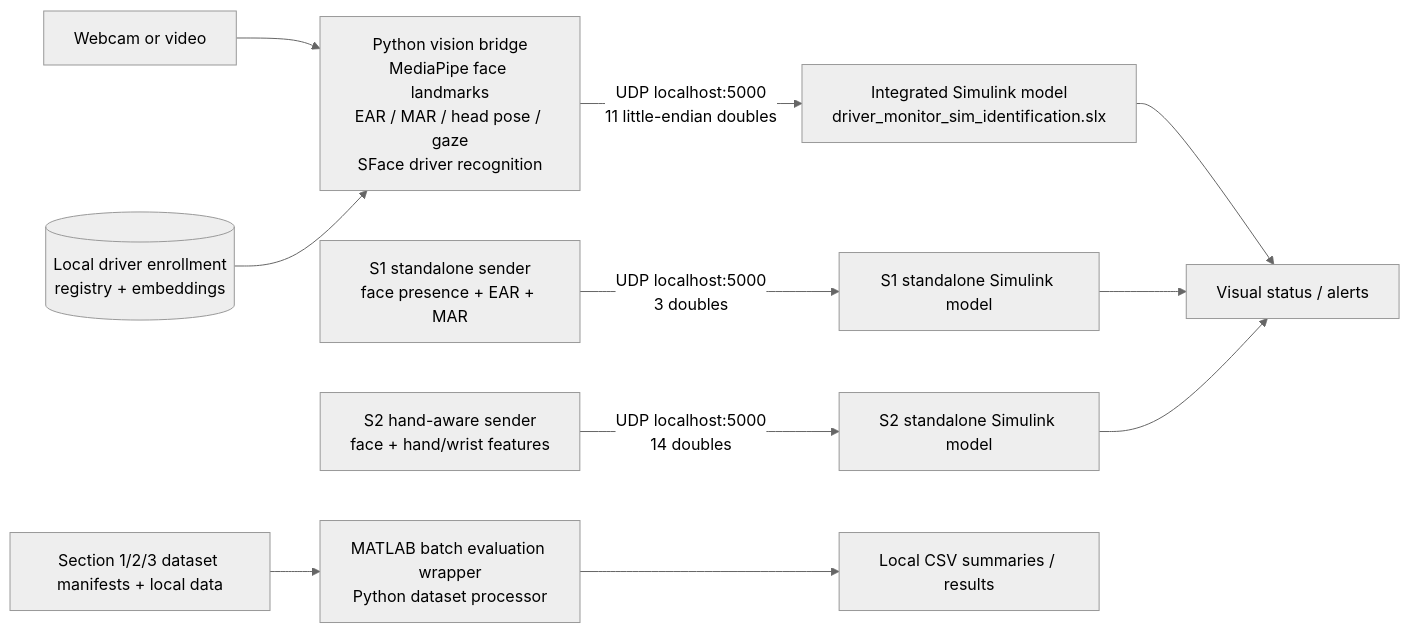
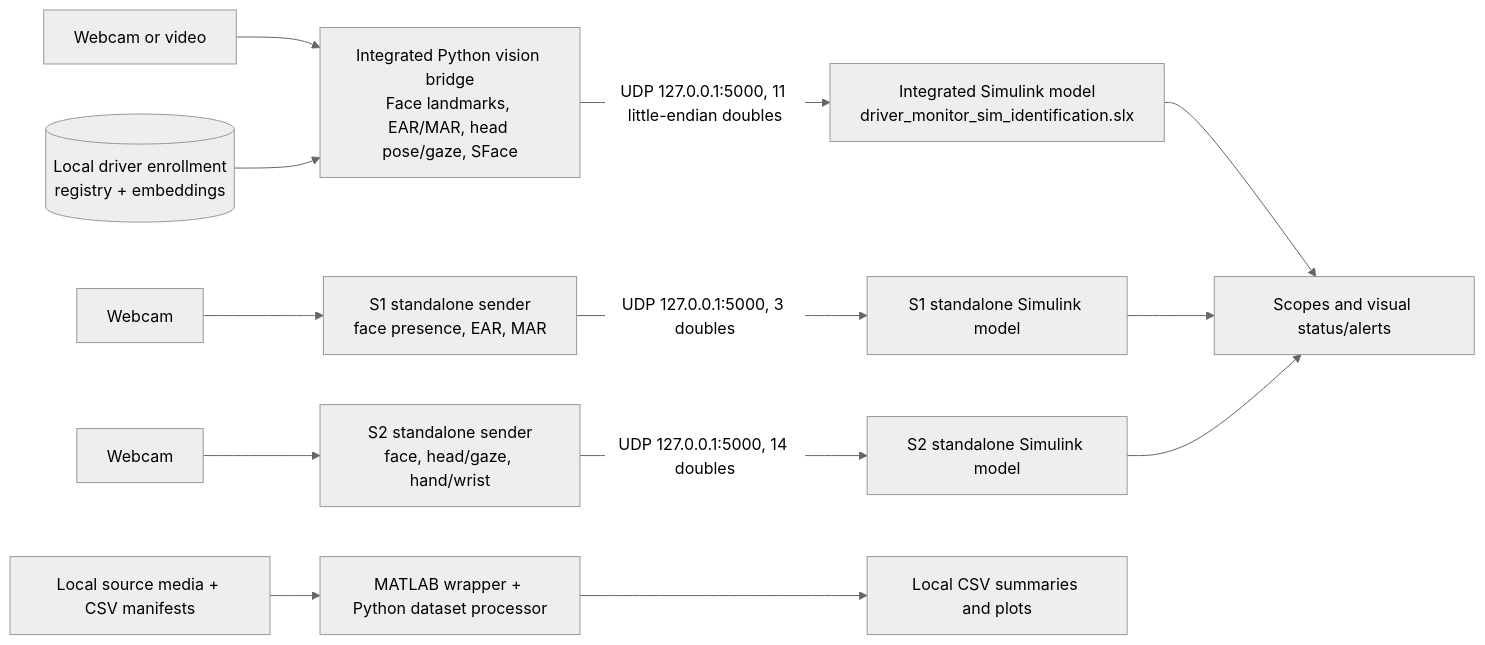
The diagram in ARCHITECTURE.md (ankurchopde/AI-Based-Driver-Behavior-Monitoring), drawn with Mermaid (neutral theme) before and after one commit. The commit also changed other lines of this file and 15 other files, not shown here.

````diff
--- a/ARCHITECTURE.md
+++ b/ARCHITECTURE.md
@@ -5,13 +5,18 @@
 ```mermaid
 flowchart LR
-  C[Webcam or video] --> PY[Python vision bridge\nMediaPipe face landmarks\nEAR / MAR / head pose / gaze\nSFace driver recognition]
-  DB[(Local driver enrollment\nregistry + embeddings)] --> PY
-  PY -->|UDP localhost:5000\n11 little-endian doubles| IM[Integrated Simulink model\ndriver_monitor_sim_identification.slx]
-  S1[S1 standalone sender\nface presence + EAR + MAR] -->|UDP localhost:5000\n3 doubles| M1[S1 standalone Simulink model]
-  S2[S2 hand-aware sender\nface + hand/wrist features] -->|UDP localhost:5000\n14 doubles| M2[S2 standalone Simulink model]
-  IM --> OUT[Visual status / alerts]
-  M1 --> OUT
-  M2 --> OUT
-  MAN[Section 1/2/3 dataset manifests + local data] --> EVAL[MATLAB batch evaluation wrapper\nPython dataset processor]
-  EVAL --> CSV[Local CSV summaries / results]
+  CAM[Webcam or video] --> PY["Integrated Python vision bridge<br/>Face landmarks, EAR/MAR, head pose/gaze, SFace"]
+  ENR[(Local driver enrollment\nregistry + embeddings)] --> PY
+  PY -->|UDP 127.0.0.1:5000, 11 little-endian doubles| INT["Integrated Simulink model<br/>driver_monitor_sim_identification.slx"]
+  INT --> ALERT[Scopes and visual status/alerts]
+
+  CAM1[Webcam] --> S1PY[S1 standalone sender\nface presence, EAR, MAR]
+  S1PY -->|UDP 127.0.0.1:5000, 3 doubles| S1MDL[S1 standalone Simulink model]
+  S1MDL --> ALERT
+
+  CAM2[Webcam] --> S2PY[S2 standalone sender\nface, head/gaze, hand/wrist]
+  S2PY -->|UDP 127.0.0.1:5000, 14 doubles| S2MDL[S2 standalone Simulink model]
+  S2MDL --> ALERT
+
+  DATA[Local source media + CSV manifests] --> BATCH[MATLAB wrapper + Python dataset processor]
+  BATCH --> RESULTS[Local CSV summaries and plots]
 ```
````
